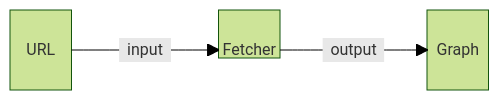
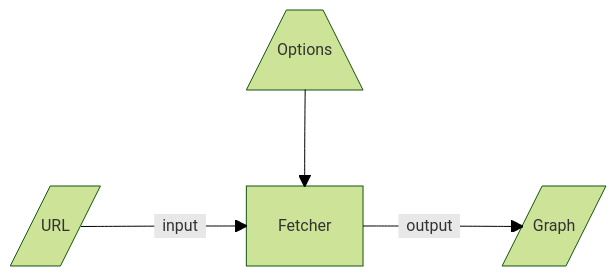
Before and after one commit to asimov-specs/asimov-specs: the diagram in program-patterns/diagrams/fetcher.mmd, drawn with Mermaid (forest theme). The commit also changed 19 other files, not shown here.

Commit message:
Enhance the data flow diagrams.

```diff
--- a/program-patterns/diagrams/fetcher.mmd
+++ b/program-patterns/diagrams/fetcher.mmd
@@ -1,11 +1,19 @@
+---
+title: Data flow for fetchers
+---
 block-beta
-    columns 7
-    URL space:2 Fetcher space:2 Graph
-    URL-- "input" -->Fetcher
-    Fetcher-- "output" -->Graph
+  classDef block height:48px,padding:8px;
 
-    classDef block height:48px,padding:8px;
-    classDef hidden visibility:none;
-    class Fetcher block
-    class URL hidden
-    class Graph hidden
+  columns 5
+  space:2 Options space:2
+  space:5
+  Input space Program space Output
+
+  Options --> Program
+  Input-- "input" -->Program
+  Program-- "output" -->Output
+
+  Options[/"Options"\]
+  Program["Fetcher"]
+  Input[/"URL"/]
+  Output[/"Graph"/]
```
